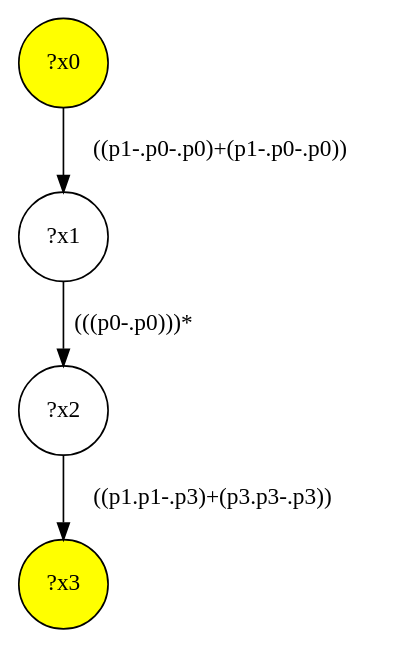
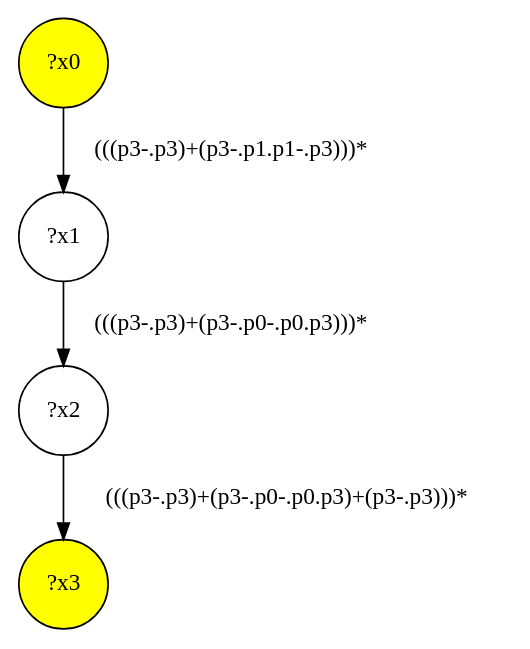
The diagram in src/queryinterface/interface-queries/query-4.dot (gbagan/gmark), drawn with Graphviz before and after one commit. The commit also changed 154 other files, not shown here.

```diff
--- a/src/queryinterface/interface-queries/query-4.dot
+++ b/src/queryinterface/interface-queries/query-4.dot
@@ -1,9 +1,9 @@
 digraph g {
 	x0 [fillcolor="yellow", style="filled," shape=circle, label="?x0"];
 	x3 [fillcolor="yellow", style="filled," shape=circle, label="?x3"];
 	x1 [shape=circle, label="?x1"];
-	x0 -> x1 [label="((p1-.p0-.p0)+(p1-.p0-.p0))"];
+	x0 -> x1 [label="(((p3-.p3)+(p3-.p1.p1-.p3)))*"];
 	x2 [shape=circle, label="?x2"];
-	x1 -> x2 [label="(((p0-.p0)))*"];
-	x2 -> x3 [label="((p1.p1-.p3)+(p3.p3-.p3))"];
+	x1 -> x2 [label="(((p3-.p3)+(p3-.p0-.p0.p3)))*"];
+	x2 -> x3 [label="(((p3-.p3)+(p3-.p0-.p0.p3)+(p3-.p3)))*"];
 }
```
